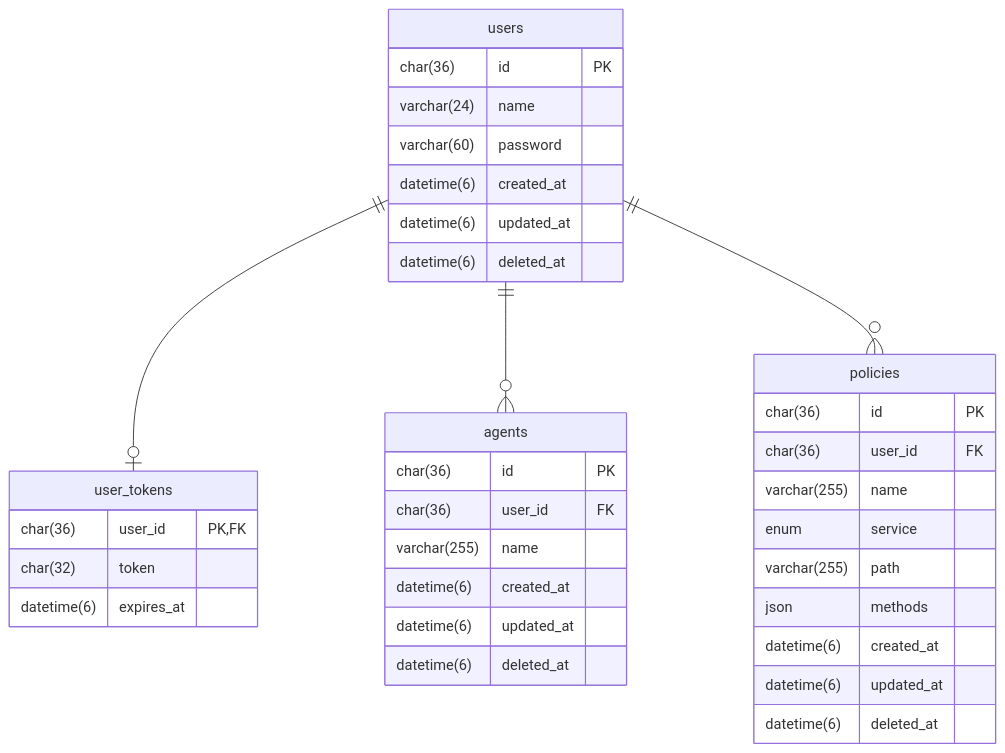
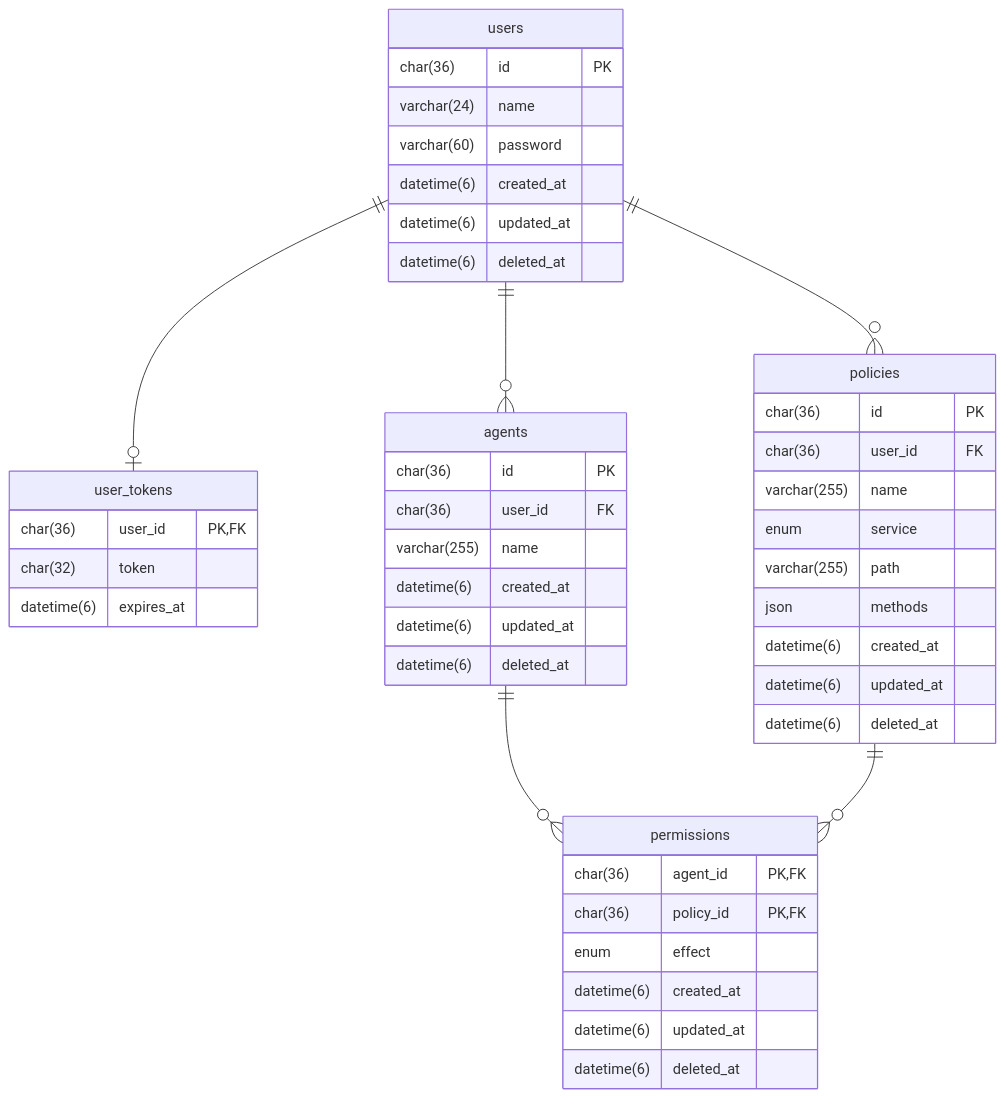
One commit to atsumarukun/holos-auth-api changed the diagram in docs/er-diagram.md. Above: the diagram before and after it, drawn with Mermaid. The commit also changed other lines of this file, not shown here.

Commit message:
update: ER図に権限テーブルを追加.

````diff
--- a/docs/er-diagram.md
+++ b/docs/er-diagram.md
@@ -3,45 +3,56 @@
 ```mermaid
 erDiagram
 
 users {
   char(36) id PK
   varchar(24) name
   varchar(60) password
   datetime(6) created_at
   datetime(6) updated_at
   datetime(6) deleted_at
 }
 
 user_tokens {
   char(36) user_id PK, FK
   char(32) token
   datetime(6) expires_at
 }
 
 agents {
   char(36) id PK
   char(36) user_id FK
   varchar(255) name
   datetime(6) created_at
   datetime(6) updated_at
   datetime(6) deleted_at
 }
 
 policies {
   char(36) id PK
   char(36) user_id FK
   varchar(255) name
   enum service
   varchar(255) path
   json methods
   datetime(6) created_at
   datetime(6) updated_at
   datetime(6) deleted_at
 }
 
+permissions {
+  char(36) agent_id PK, FK
+  char(36) policy_id PK, FK
+  enum effect
+  datetime(6) created_at
+  datetime(6) updated_at
+  datetime(6) deleted_at
+}
+
 users ||--o| user_tokens: ""
 
 users ||--o{ agents: ""
+agents ||--o{ permissions: ""
 
 users ||--o{ policies: ""
+policies ||--o{ permissions: ""
 ```
````
